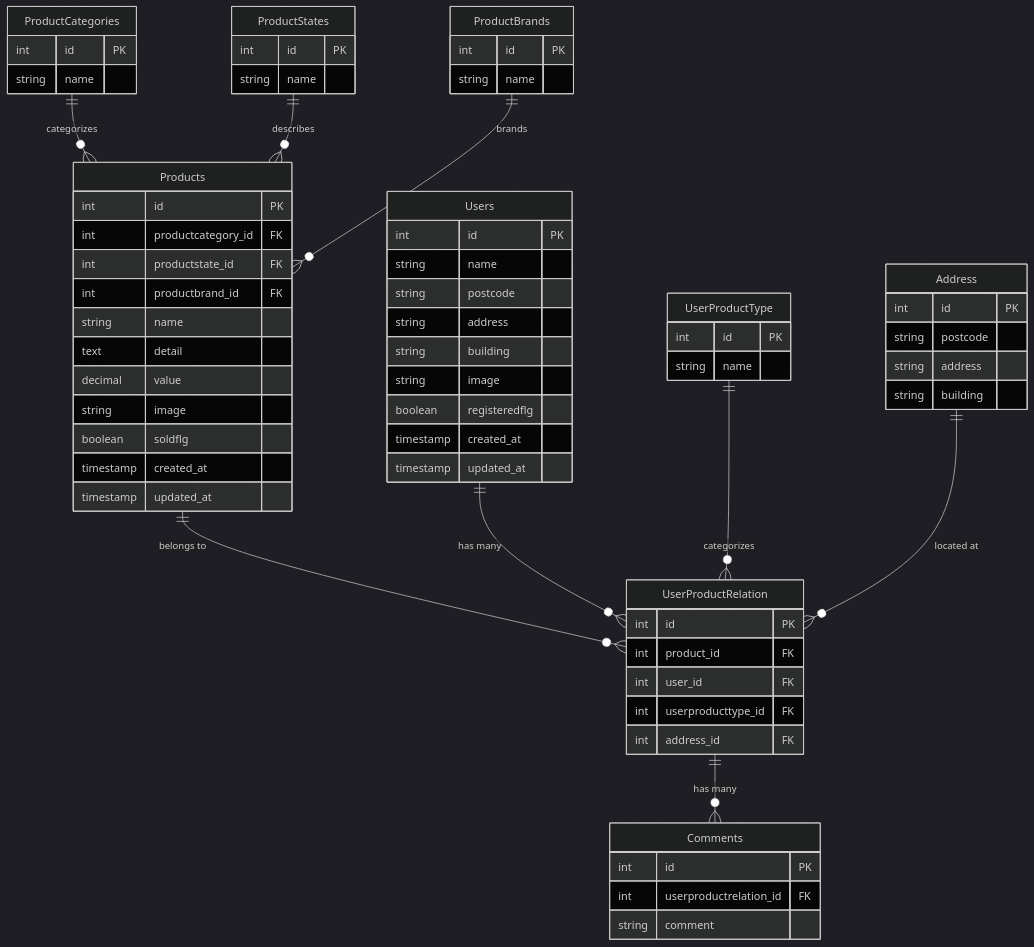
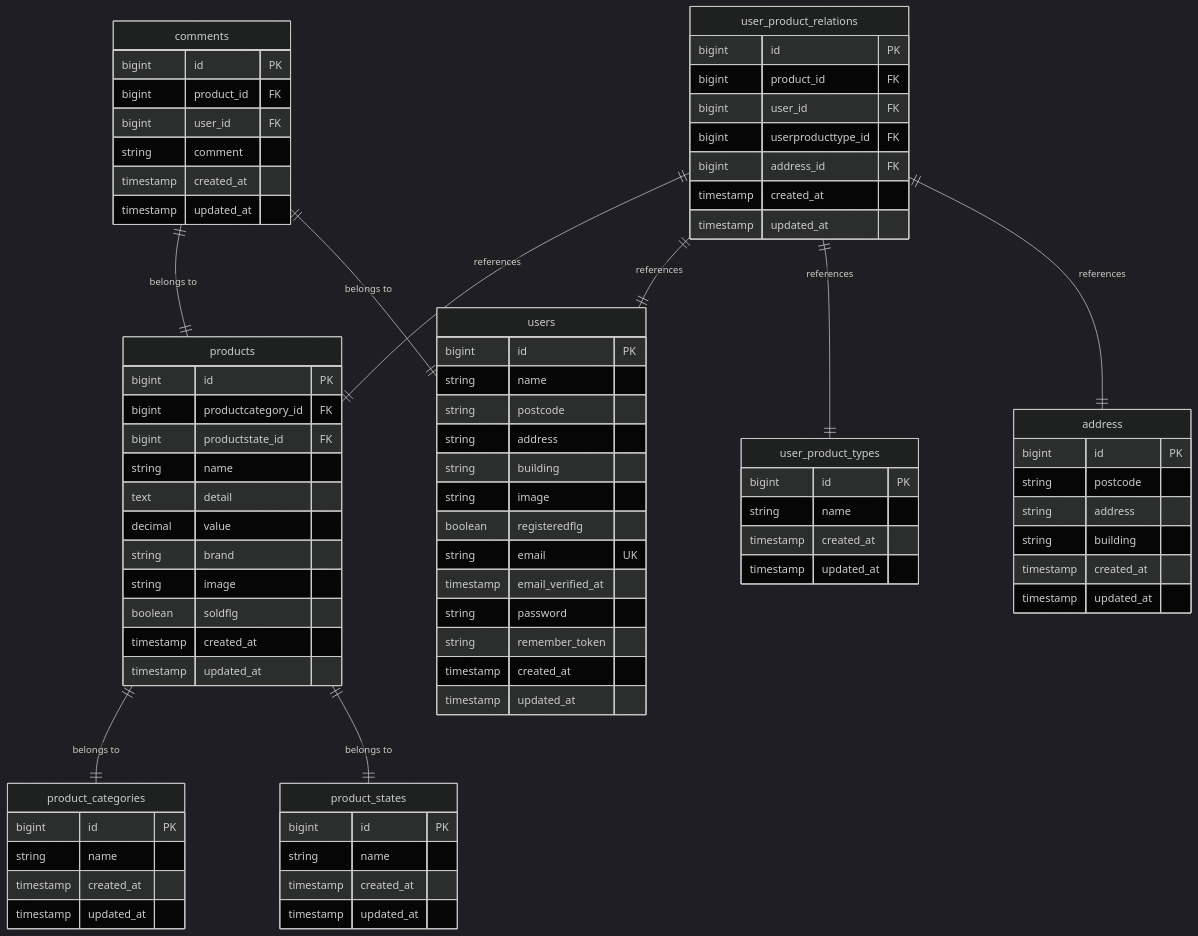
One commit to yusuke-yano-01/FleaMarketApp changed the diagram in README.md. Above: the diagram before and after it, drawn with Mermaid. The commit also changed other lines of this file, not shown here.

Commit message:
READMEのER図を現在のデータベース構造に合わせて修正
- productbrandsテーブルを削除（ブランド情報はproductsテーブルのbrandカラムで管理）
- commentsテーブルの構造変更（userproductrelation_id削除、product_idとuser_idを直接参照）
- テーブル名をスネークケースに統一
- フィールド詳細の説明を更新
- 主な変更点の説明を追加

````diff
--- a/README.md
+++ b/README.md
@@ -117,82 +117,94 @@
   layout: dagre
 ---
 erDiagram
-    Users {
-        int id PK
+    users {
+        bigint id PK
         string name
         string postcode
         string address
         string building
         string image
         boolean registeredflg
+        string email UK
+        timestamp email_verified_at
+        string password
+        string remember_token
         timestamp created_at
         timestamp updated_at
     }
 
-    Products {
-        int id PK
-        int productcategory_id FK
-        int productstate_id FK
-        int productbrand_id FK
+    products {
+        bigint id PK
+        bigint productcategory_id FK
+        bigint productstate_id FK
         string name
         text detail
         decimal value
+        string brand
         string image
         boolean soldflg
         timestamp created_at
         timestamp updated_at
     }
 
-    ProductCategories {
-        int id PK
+    product_categories {
+        bigint id PK
         string name
+        timestamp created_at
+        timestamp updated_at
     }
 
-    ProductStates {
-        int id PK
+    product_states {
+        bigint id PK
         string name
+        timestamp created_at
+        timestamp updated_at
     }
 
-    ProductBrands {
-        int id PK
-        string name
+    user_product_relations {
+        bigint id PK
+        bigint product_id FK
+        bigint user_id FK
+        bigint userproducttype_id FK
+        bigint address_id FK
+        timestamp created_at
+        timestamp updated_at
     }
 
-    UserProductRelation {
-        int id PK
-        int product_id FK
-        int user_id FK
-        int userproducttype_id FK
-        int address_id FK
+    user_product_types {
+        bigint id PK
+        string name
+        timestamp created_at
+        timestamp updated_at
     }
 
-    UserProductType {
-        int id PK
-        string name
-    }
-
-    Address {
-        int id PK
+    address {
+        bigint id PK
         string postcode
         string address
         string building
+        timestamp created_at
+        timestamp updated_at
     }
 
-    Comments {
-        int id PK
-        int userproductrelation_id FK
+    comments {
+        bigint id PK
+        bigint product_id FK
+        bigint user_id FK
         string comment
+        timestamp created_at
+        timestamp updated_at
     }
 
     %% リレーションシップ
-    UserProductRelation ||--o{ Comments : "has many"
+    products ||--|| product_categories : "belongs to"
+    products ||--|| product_states : "belongs to"
 
-    Products ||--o{ UserProductRelation : "belongs to"
-    Users ||--o{ UserProductRelation : "has many"
-    UserProductType ||--o{ UserProductRelation : "categorizes"
-    Address ||--o{ UserProductRelation : "located at"
+    user_product_relations ||--|| products : "references"
+    user_product_relations ||--|| users : "references"
+    user_product_relations ||--|| user_product_types : "references"
+    user_product_relations ||--|| address : "references"
 
-    ProductCategories ||--o{ Products : "categorizes"
-    ProductStates ||--o{ Products : "describes"
-    ProductBrands ||--o{ Products : "brands"
+    comments ||--|| products : "belongs to"
+    comments ||--|| users : "belongs to"
 ```
````
